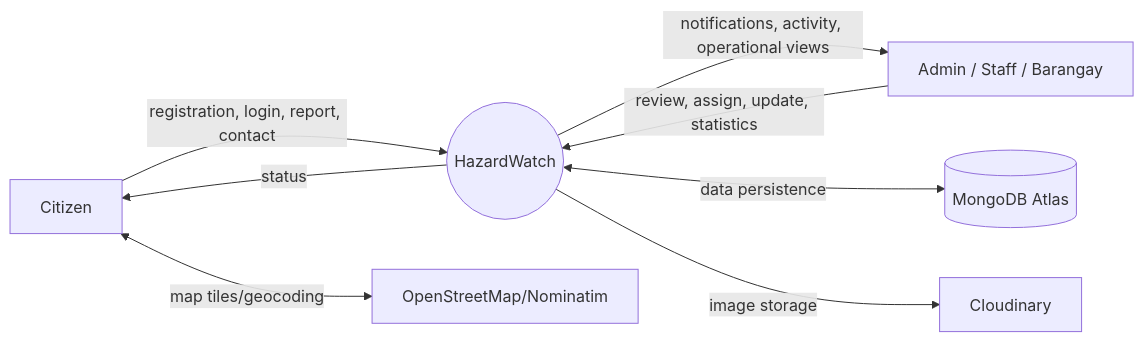
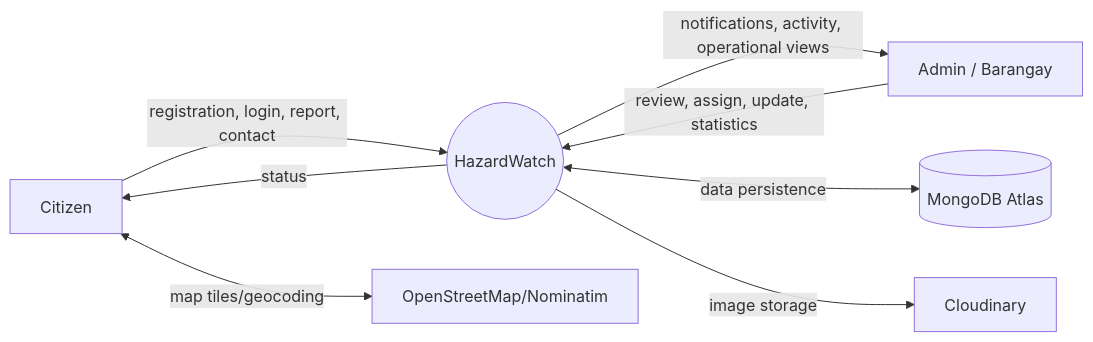
One commit to ImEmer/hazardwatch-dagupan changed the second of 5 diagrams in docs/architecture.md. Above: the diagram before and after it, drawn with Mermaid. The commit also changed other lines of this file and 39 other files, not shown here.

````diff
--- a/docs/architecture.md
+++ b/docs/architecture.md
@@ -19,10 +19,10 @@
 ```mermaid
 flowchart LR
   Citizen[Citizen] -->|registration, login, report, contact| HW((HazardWatch))
-  Staff[Admin / Staff / Barangay] -->|review, assign, update, statistics| HW
+  Operators[Admin / Barangay] -->|review, assign, update, statistics| HW
   HW -->|status| Citizen
-  HW -->|notifications, activity, operational views| Staff
+  HW -->|notifications, activity, operational views| Operators
   HW <-->|data persistence| DB[(MongoDB Atlas)]
   HW -->|image storage| Media[Cloudinary]
   Citizen <-->|map tiles/geocoding| Maps[OpenStreetMap/Nominatim]
 ```
````
